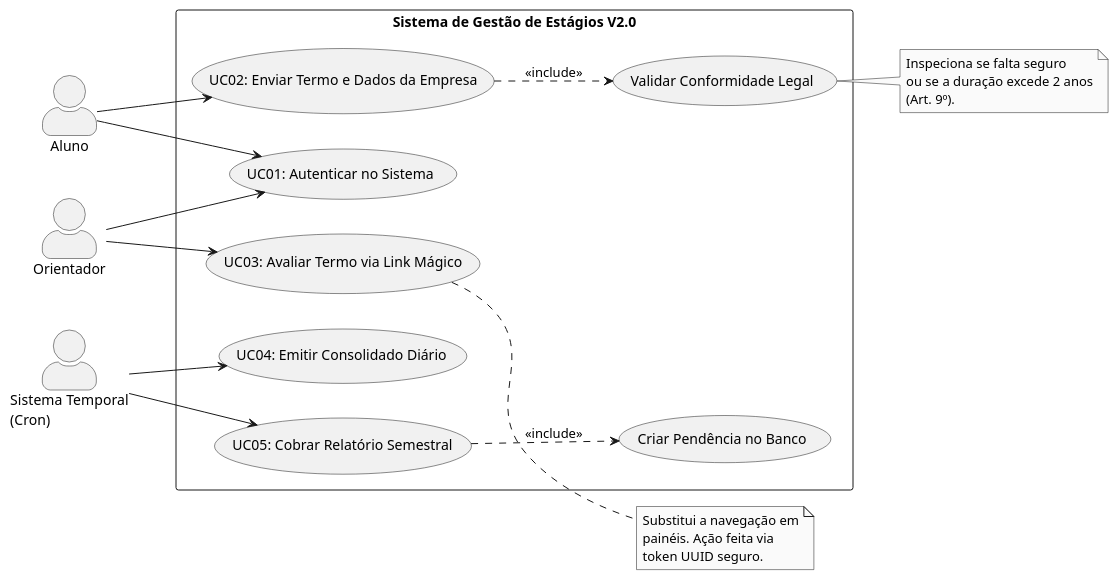
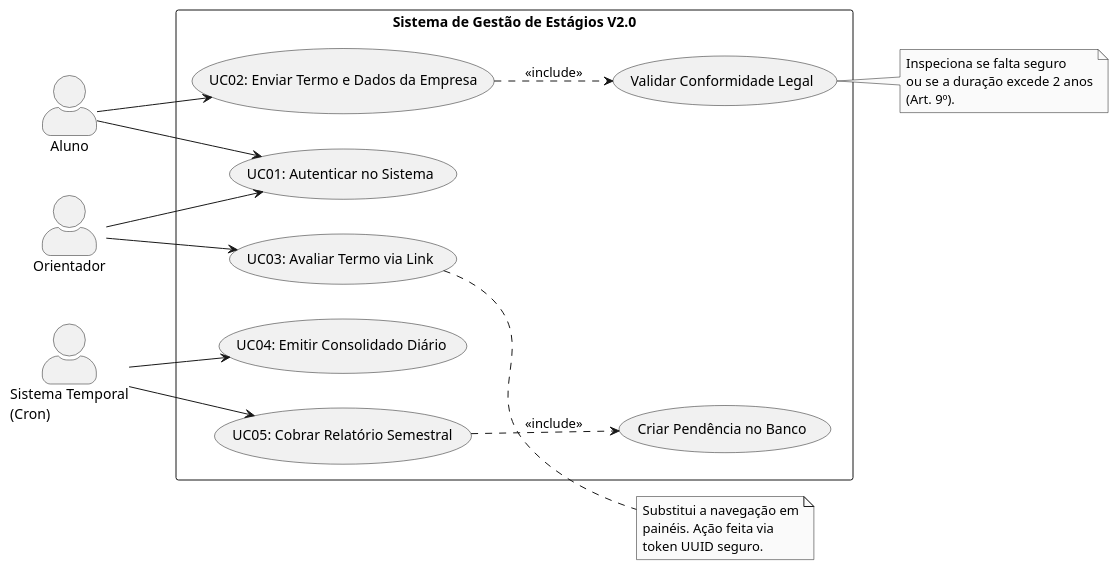
Before and after one commit to Projetos-de-Extensao/PBE_26.1_8001_IV: the second of 2 diagrams in docs/Elaboracao/diagrama_de_casos_de_uso.md, drawn with PlantUML.

Commit message:
alteração no diagrama

````diff
--- a/docs/Elaboracao/diagrama_de_casos_de_uso.md
+++ b/docs/Elaboracao/diagrama_de_casos_de_uso.md
@@ -260,59 +260,59 @@
 ```kroki-plantuml
 @startuml Sistema_Gestao_Estagios_CasosDeUso_V2
 
 left to right direction
 skinparam actorStyle awesome
 skinparam monochrome true
 skinparam shadowing false
 
 ' Definição dos Atores
 actor "Aluno" as aluno
 actor "Orientador" as orientador
 actor "Sistema Temporal\n(Cron)" as cron
 
 ' Delimitação do Sistema
 rectangle "Sistema de Gestão de Estágios V2.0" {
     
     usecase (UC01: Autenticar no Sistema) as UC01
     
     usecase (UC02: Enviar Termo e Dados da Empresa) as UC02
     usecase (Validar Conformidade Legal) as valida_lei
     
-    usecase (UC03: Avaliar Termo via Link Mágico) as UC03
+    usecase (UC03: Avaliar Termo via Link) as UC03
     
     usecase (UC04: Emitir Consolidado Diário) as UC04
     
     usecase (UC05: Cobrar Relatório Semestral) as UC05
     usecase (Criar Pendência no Banco) as cria_pendencia
 
 }
 
 ' Relações dos Usuários Humanos
 aluno --> UC01
 orientador --> UC01
 
 aluno --> UC02
 UC02 ..> valida_lei : <<include>>
 
 orientador --> UC03
 
 ' Relações da Automação (Robôs de Segundo Plano)
 cron --> UC04
 cron --> UC05
 UC05 ..> cria_pendencia : <<include>>
 
 ' Notas explicativas
 note right of valida_lei
   Inspeciona se falta seguro
   ou se a duração excede 2 anos
   (Art. 9º).
 end note
 
 note right of UC03
   Substitui a navegação em
   painéis. Ação feita via
   token UUID seguro.
 end note
 
 @enduml
 ```
````
